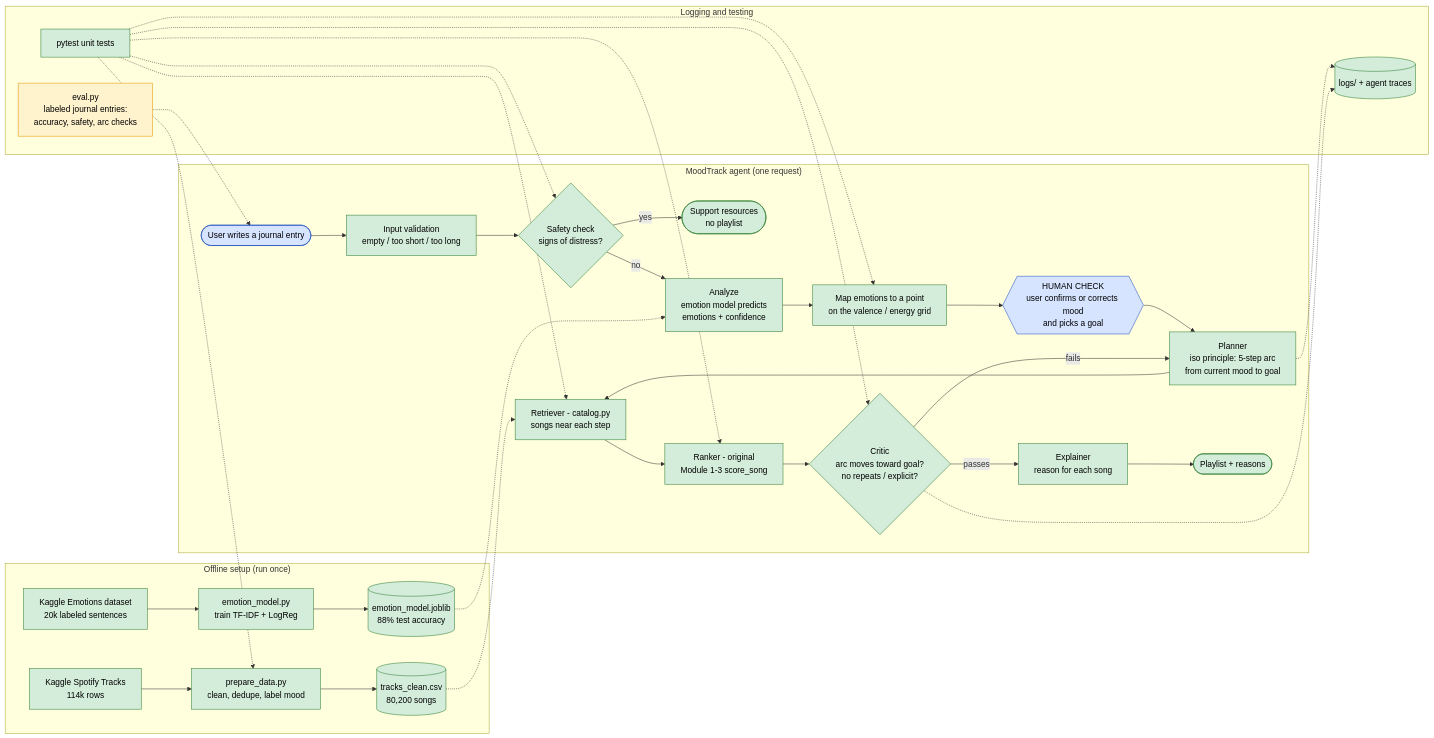
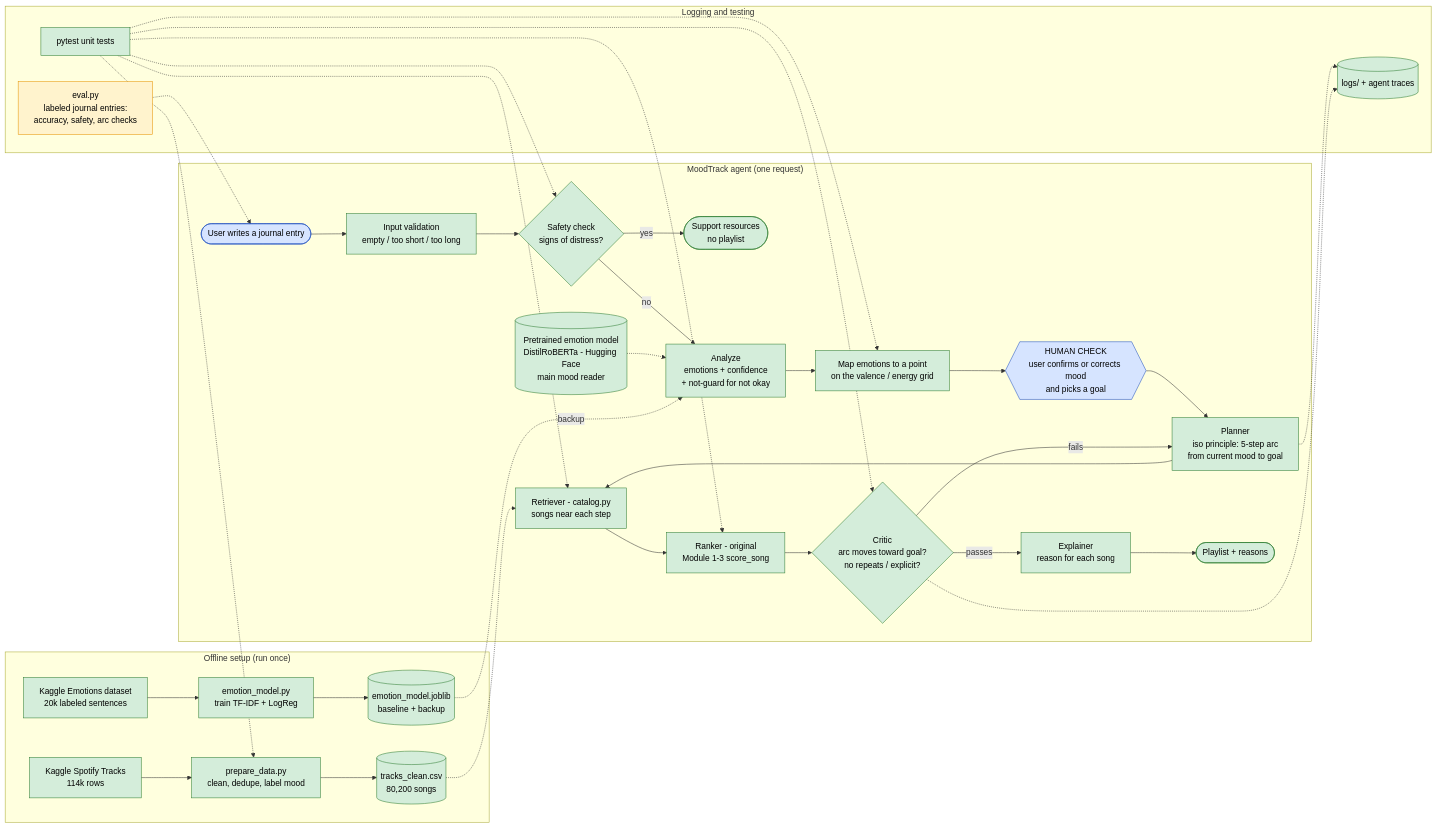
Before and after one commit to shrutimalsina/applied-ai-system-project-moodtrack: the diagram in diagrams/architecture.mmd, drawn with Mermaid. The commit also changed 5 other files, not shown here.

Commit message:
Switched to pretrained emotion model and added not-guard

```diff
--- a/diagrams/architecture.mmd
+++ b/diagrams/architecture.mmd
@@ -1,56 +1,58 @@
 %% MoodTrack system architecture (DRAFT - will be updated to match the final code)
 %% Green = built, Orange = planned
 %% Preview: paste into https://mermaid.live
 
 flowchart LR
     %% ---------- Offline: data + model preparation ----------
     subgraph PREP["Offline setup (run once)"]
         RAW["Kaggle Spotify Tracks<br/>114k rows"] --> CLEAN["prepare_data.py<br/>clean, dedupe, label mood"]
         CLEAN --> CAT[("tracks_clean.csv<br/>80,200 songs")]
         EMO_DATA["Kaggle Emotions dataset<br/>20k labeled sentences"] --> TRAIN["emotion_model.py<br/>train TF-IDF + LogReg"]
-        TRAIN --> MODEL[("emotion_model.joblib<br/>88% test accuracy")]
+        TRAIN --> MODEL[("emotion_model.joblib<br/>baseline + backup")]
     end
+    HF[("Pretrained emotion model<br/>DistilRoBERTa - Hugging Face<br/>main mood reader")]
 
     %% ---------- Runtime: one user request ----------
     subgraph RUN["MoodTrack agent (one request)"]
         USER(["User writes a journal entry"]) --> VALID["Input validation<br/>empty / too short / too long"]
         VALID --> SAFETY{"Safety check<br/>signs of distress?"}
         SAFETY -- yes --> HELP(["Support resources<br/>no playlist"])
-        SAFETY -- no --> ANALYZE["Analyze<br/>emotion model predicts<br/>emotions + confidence"]
-        MODEL -.-> ANALYZE
+        SAFETY -- no --> ANALYZE["Analyze<br/>emotions + confidence<br/>+ not-guard for not okay"]
+        HF -.-> ANALYZE
+        MODEL -. backup .-> ANALYZE
         ANALYZE --> MAP["Map emotions to a point<br/>on the valence / energy grid"]
         MAP --> CLARIFY{{"HUMAN CHECK<br/>user confirms or corrects mood<br/>and picks a goal"}}
         CLARIFY --> PLAN["Planner<br/>iso principle: 5-step arc<br/>from current mood to goal"]
         PLAN --> RETRIEVE["Retriever - catalog.py<br/>songs near each step"]
         CAT -.-> RETRIEVE
         RETRIEVE --> RANK["Ranker - original<br/>Module 1-3 score_song"]
         RANK --> CRITIC{"Critic<br/>arc moves toward goal?<br/>no repeats / explicit?"}
         CRITIC -- fails --> PLAN
         CRITIC -- passes --> EXPLAIN["Explainer<br/>reason for each song"]
         EXPLAIN --> OUT(["Playlist + reasons"])
     end
 
     %% ---------- Logging and testing ----------
     subgraph CHECK["Logging and testing"]
         LOGS[("logs/ + agent traces")]
         TESTS["pytest unit tests"]
         EVAL["eval.py<br/>labeled journal entries:<br/>accuracy, safety, arc checks"]
     end
 
     PLAN -.-> LOGS
     CRITIC -.-> LOGS
     TESTS -.-> CLEAN
     TESTS -.-> RETRIEVE
     TESTS -.-> RANK
     TESTS -.-> SAFETY
     TESTS -.-> MAP
     TESTS -.-> CRITIC
     EVAL -.-> USER
 
     classDef built fill:#d4edda,stroke:#2e7d32,color:#000
     classDef planned fill:#fff3cd,stroke:#e69500,color:#000
     classDef human fill:#d6e4ff,stroke:#1f4fbf,color:#000
 
-    class RAW,CLEAN,CAT,EMO_DATA,TRAIN,MODEL,RETRIEVE,RANK,TESTS,VALID,SAFETY,HELP,ANALYZE,MAP,PLAN,CRITIC,EXPLAIN,LOGS,OUT built
+    class RAW,CLEAN,CAT,EMO_DATA,TRAIN,MODEL,HF,RETRIEVE,RANK,TESTS,VALID,SAFETY,HELP,ANALYZE,MAP,PLAN,CRITIC,EXPLAIN,LOGS,OUT built
     class EVAL planned
     class USER,CLARIFY human
```
